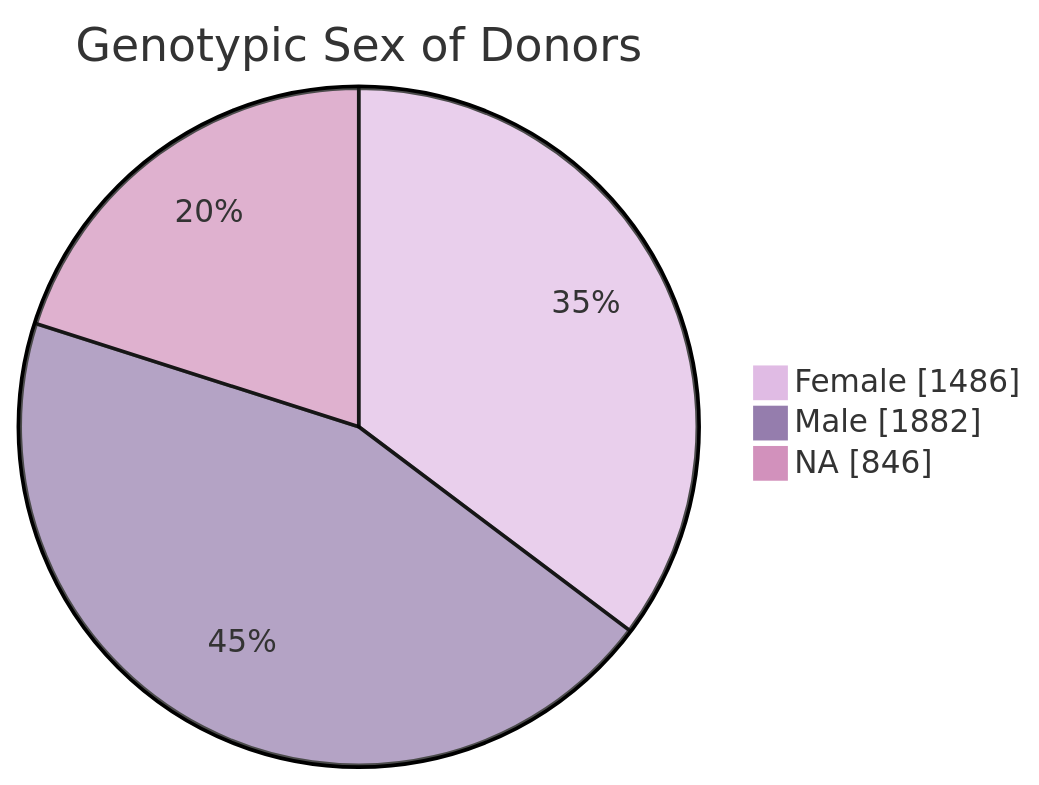
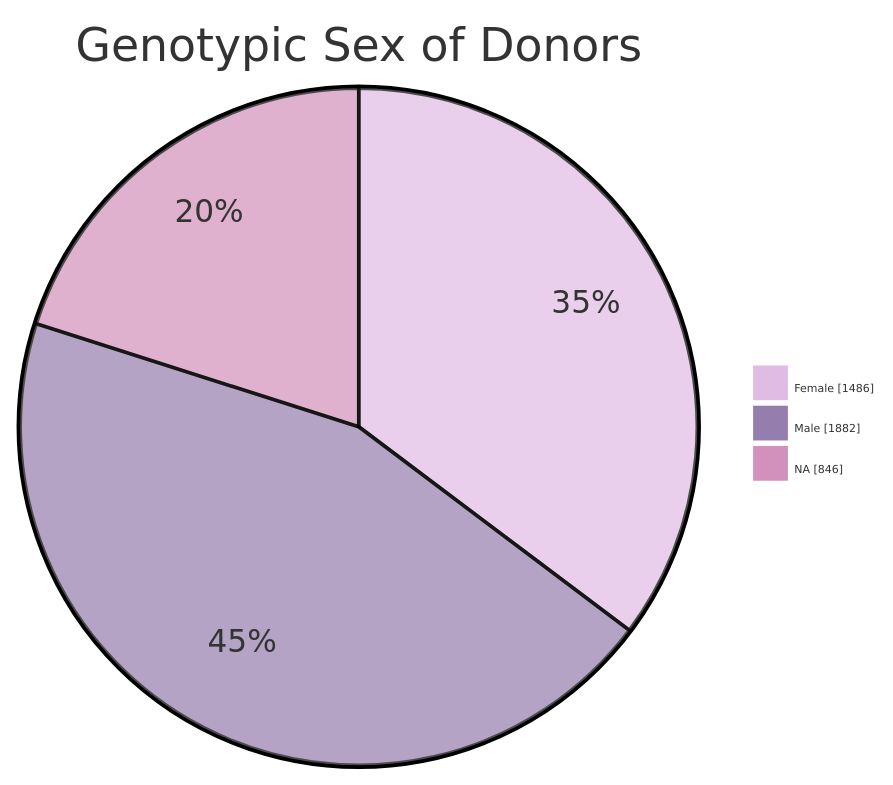
Before and after one commit to progenetix/cancercelllines-web: the diagram in docs/index.md, drawn with Mermaid.

````diff
--- a/docs/index.md
+++ b/docs/index.md
@@ -16,10 +16,10 @@
 ```mermaid
-%%{init: {'theme': 'base', 'themeVariables': {"fontFamily": "arial",'pie1':'#E0BBE4','pie2':'#957DAD','pie3':'#D291BC'}}}%%
+%%{init: {'theme': 'base', 'themeVariables': {"pieLegendTextSize":"6px","fontFamily": "arial",'pie1':'#E0BBE4','pie2':'#957DAD','pie3':'#D291BC'}}}%%
 pie showData
 title Genotypic Sex of Donors
 "Female" : 1486
 "Male" : 1882
 "NA" : 846
 
 
 ```
````
